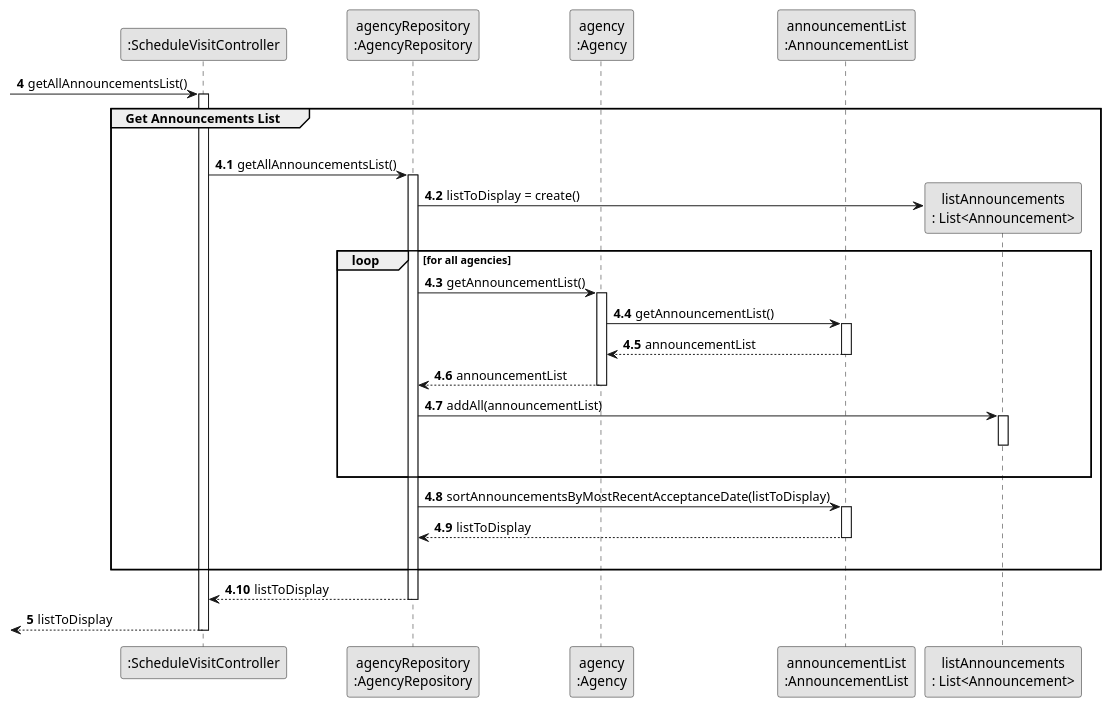
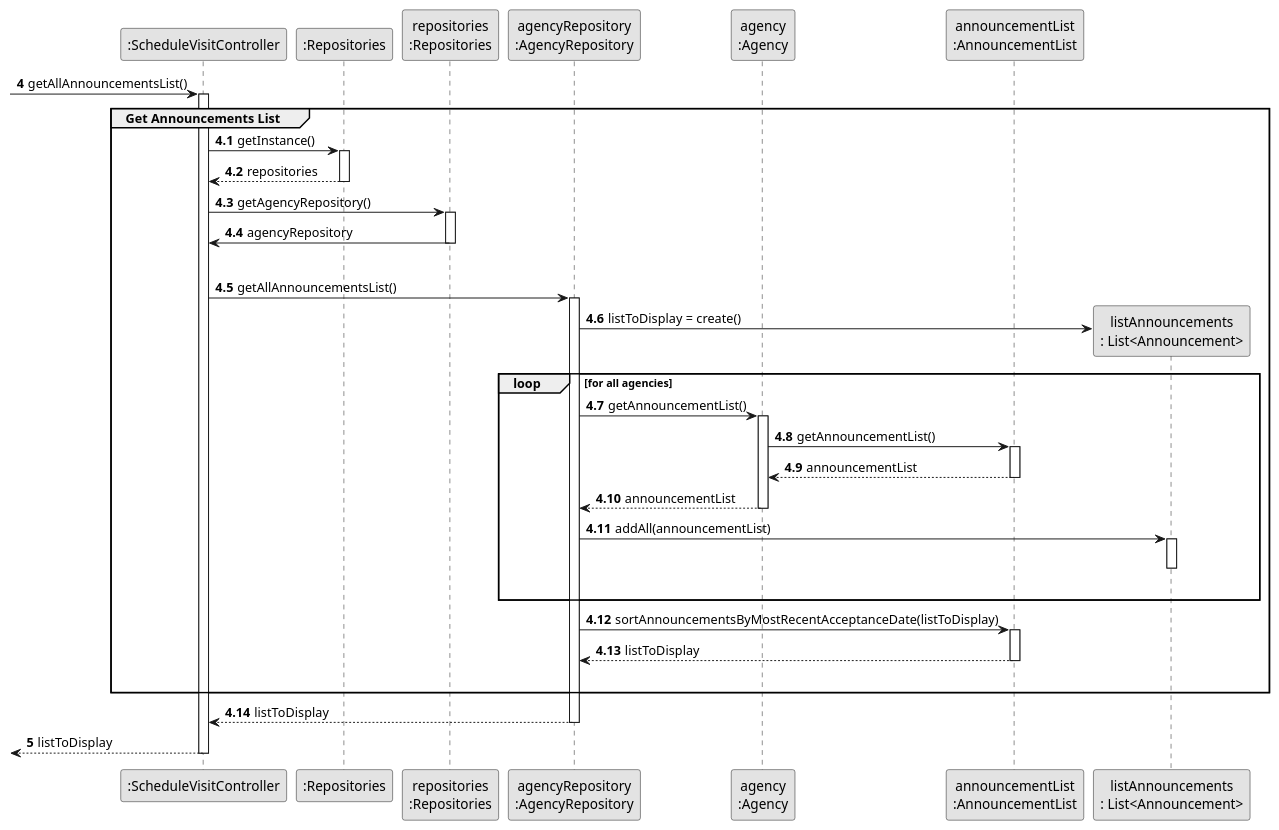
One commit to rita-barbosa/LAPR2-2223 changed the diagram in docs/sprintD/us009/03.design/puml/us009-sequence-diagram-partial-get-announcements-list.puml. Above: the diagram before and after it, drawn with PlantUML. The commit also changed 20 other files, not shown here.

```diff
--- a/docs/sprintD/us009/03.design/puml/us009-sequence-diagram-partial-get-announcements-list.puml
+++ b/docs/sprintD/us009/03.design/puml/us009-sequence-diagram-partial-get-announcements-list.puml
@@ -1,67 +1,84 @@
 @startuml
 skinparam monochrome true
 skinparam packageStyle rectangle
 skinparam shadowing false
 
 
 participant ":ScheduleVisitController" as CTRL
+participant ":Repositories" as RepositorySingleton
+participant "repositories\n:Repositories" as PLAT
 participant "agencyRepository\n:AgencyRepository" as AgencyRepository
 participant "agency\n:Agency" as AGC
 participant "announcementList\n:AnnouncementList" as LISTCLASS
 participant "listAnnouncements\n: List<Announcement>" as AnnounceList
 
 
 autonumber 4
 
  -> CTRL : getAllAnnouncementsList()
 
 activate CTRL
 
     autonumber 4.1
 
     group Get Announcements List
+
+        CTRL -> RepositorySingleton : getInstance()
+
+        activate RepositorySingleton
+
+            RepositorySingleton --> CTRL : repositories
+        deactivate RepositorySingleton
+
+        CTRL -> PLAT : getAgencyRepository()
+
+        activate PLAT
+
+            PLAT -> CTRL : agencyRepository
+
+        deactivate PLAT
 |||
         CTRL -> AgencyRepository : getAllAnnouncementsList()
         activate AgencyRepository
 
         AgencyRepository -> AnnounceList** : listToDisplay = create()
 
        loop for all agencies
 
 
             AgencyRepository -> AGC : getAnnouncementList()
             activate AGC
 
             AGC -> LISTCLASS : getAnnouncementList()
             activate LISTCLASS
 
                 LISTCLASS --> AGC : announcementList
             deactivate LISTCLASS
 
                 AGC --> AgencyRepository : announcementList
             deactivate AGC
 
             AgencyRepository -> AnnounceList : addAll(announcementList)
             activate AnnounceList
             deactivate AnnounceList
 |||
        end loop
 
             AgencyRepository -> LISTCLASS : sortAnnouncementsByMostRecentAcceptanceDate(listToDisplay)
             activate LISTCLASS
 
                 LISTCLASS --> AgencyRepository : listToDisplay
             deactivate LISTCLASS
 |||
         end group
 
             AgencyRepository --> CTRL : listToDisplay
         deactivate AgencyRepository
 
 
     autonumber 5
     <-- CTRL  : listToDisplay
 deactivate CTRL
 
 
 @enduml
```
